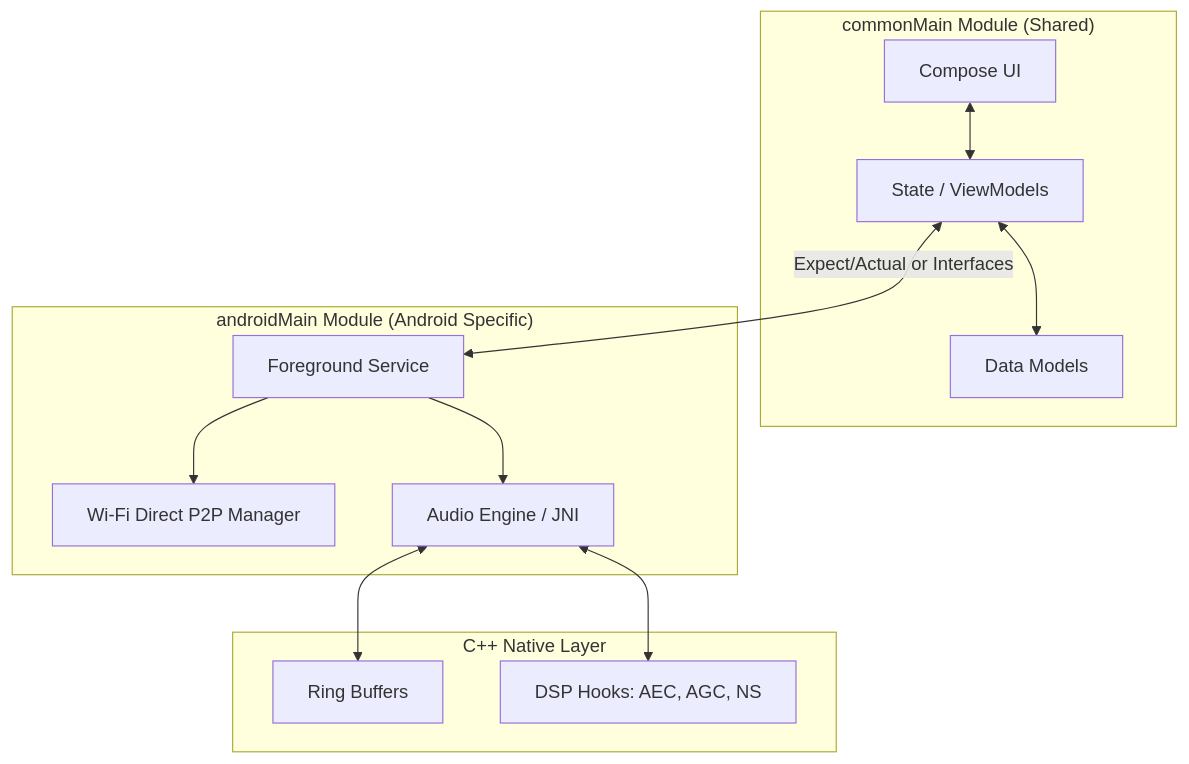
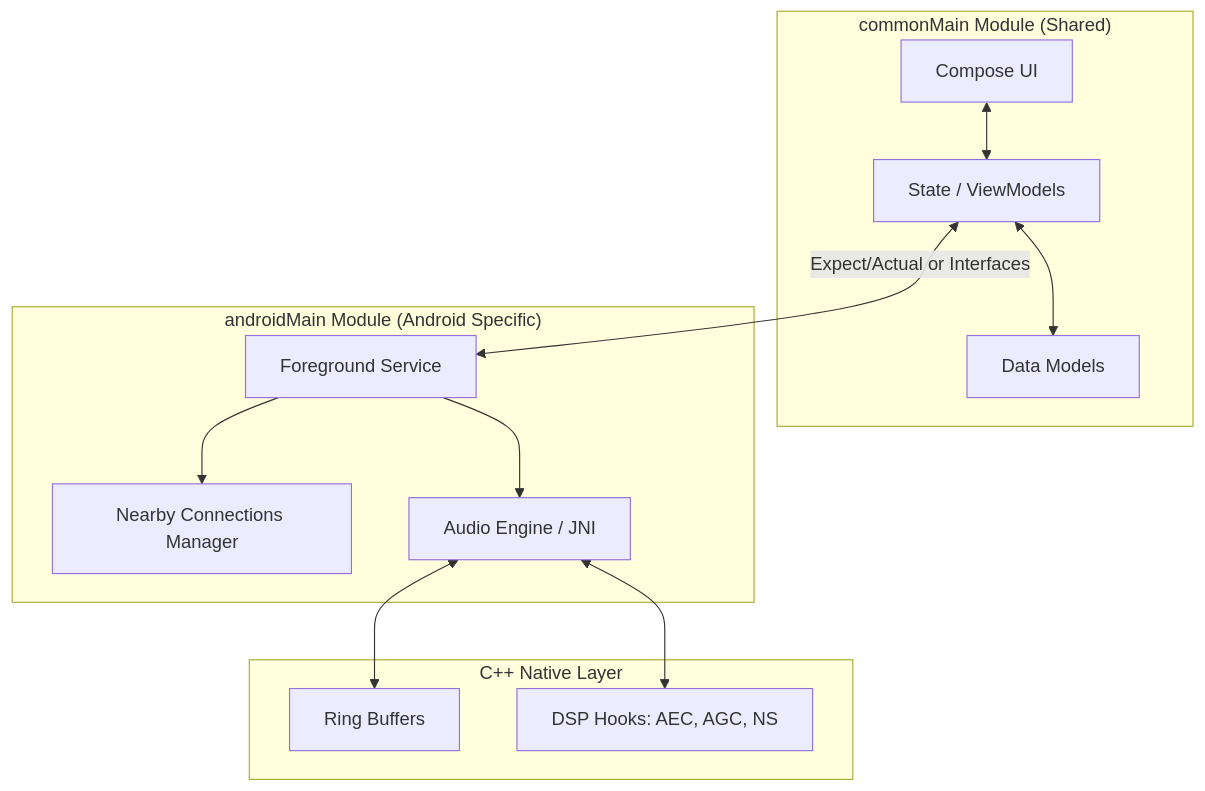
The second of 2 diagrams in docs/ImplementationPlan.md (WINDY-WINDWARD/PeerSync), drawn with Mermaid before and after one commit. The commit also changed other lines of this file and 19 other files, not shown here.

Commit message:
feat: implement pure Wi-Fi Direct socket architecture, auto-discovery, and QR code fast-join

````diff
--- a/docs/ImplementationPlan.md
+++ b/docs/ImplementationPlan.md
@@ -33,28 +33,28 @@
 ```mermaid
 flowchart TB
     subgraph commonMain ["commonMain Module (Shared)"]
         UI["Compose UI"]
         ViewModels["State / ViewModels"]
         Models["Data Models"]
         UI <--> ViewModels
         ViewModels <--> Models
     end
 
     subgraph androidMain ["androidMain Module (Android Specific)"]
         ForegroundService["Foreground Service"]
-        WifiP2p["Wi-Fi Direct P2P Manager"]
+        NearbyConnections["Nearby Connections Manager"]
         AudioEngine["Audio Engine / JNI"]
         
-        ForegroundService --> WifiP2p
+        ForegroundService --> NearbyConnections
         ForegroundService --> AudioEngine
     end
     
     ViewModels <-->|"Expect/Actual or Interfaces"| ForegroundService
     
     subgraph NativeLayer ["C++ Native Layer"]
         RingBuffer["Ring Buffers"]
         DSP["DSP Hooks: AEC, AGC, NS"]
         AudioEngine <--> RingBuffer
         AudioEngine <--> DSP
     end
 ```
````
